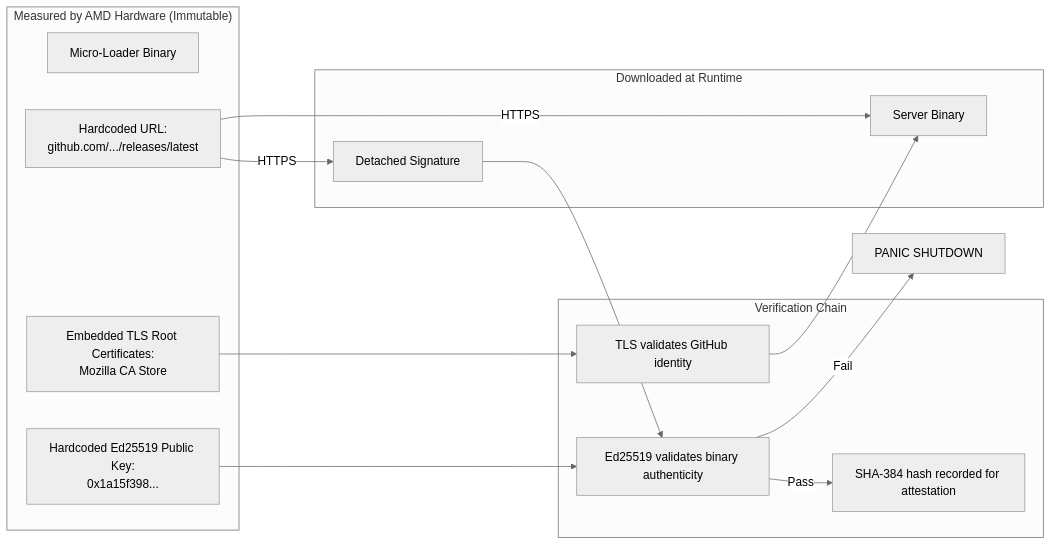
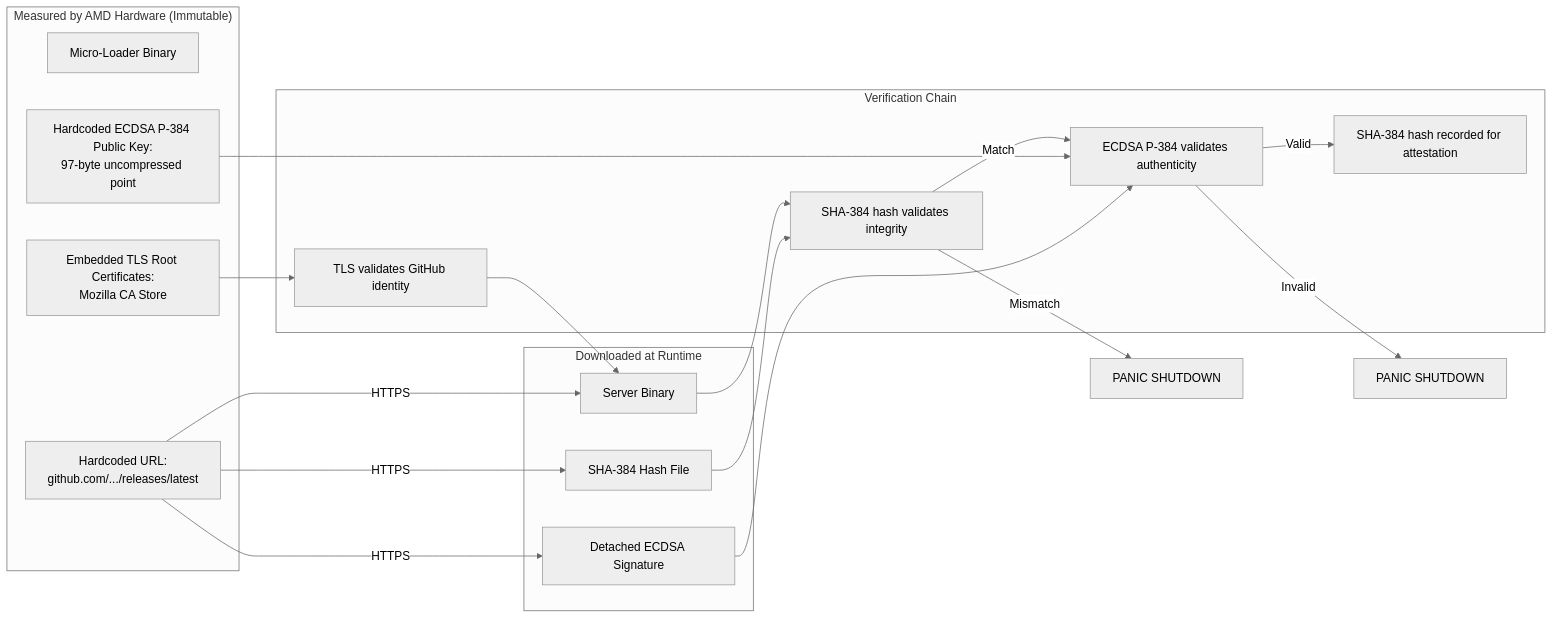
Before and after one commit to deadrouter-ai/sev-micro-loader: the first of 2 diagrams in docs/loader_security.md, drawn with Mermaid (neutral theme). The commit also changed other lines of this file and 9 other files, not shown here.

````diff
--- a/docs/loader_security.md
+++ b/docs/loader_security.md
@@ -9,26 +9,33 @@
 ```mermaid
 flowchart LR
     subgraph MEASURED["Measured by AMD Hardware (Immutable)"]
         LOADER["Micro-Loader Binary"]
         URL["Hardcoded URL:<br/>github.com/.../releases/latest"]
-        KEY["Hardcoded Ed25519 Public Key:<br/>0x1a15f398..."]
+        KEY["Hardcoded ECDSA P-384 Public Key:<br/>97-byte uncompressed point"]
         CA["Embedded TLS Root Certificates:<br/>Mozilla CA Store"]
     end
     subgraph RUNTIME["Downloaded at Runtime"]
         BIN["Server Binary"]
-        SIG["Detached Signature"]
+        HASH["SHA-384 Hash File"]
+        SIG["Detached ECDSA Signature"]
     end
     subgraph VERIFY["Verification Chain"]
         TLS["TLS validates GitHub identity"]
-        SIGCHECK["Ed25519 validates binary authenticity"]
-        HASH["SHA-384 hash recorded for attestation"]
+        HASHCHECK["SHA-384 hash validates integrity"]
+        SIGCHECK["ECDSA P-384 validates authenticity"]
+        RECORD["SHA-384 hash recorded for attestation"]
     end
     URL -->|HTTPS| BIN
+    URL -->|HTTPS| HASH
     URL -->|HTTPS| SIG
     CA --> TLS
     TLS --> BIN
+    BIN --> HASHCHECK
+    HASH --> HASHCHECK
+    HASHCHECK -->|"Match"| SIGCHECK
+    HASHCHECK -->|"Mismatch"| HALT0["PANIC SHUTDOWN"]
     KEY --> SIGCHECK
     SIG --> SIGCHECK
-    SIGCHECK -->|Pass| HASH
-    SIGCHECK -->|Fail| HALT["PANIC SHUTDOWN"]
+    SIGCHECK -->|"Valid"| RECORD
+    SIGCHECK -->|"Invalid"| HALT2["PANIC SHUTDOWN"]
 ```
````
